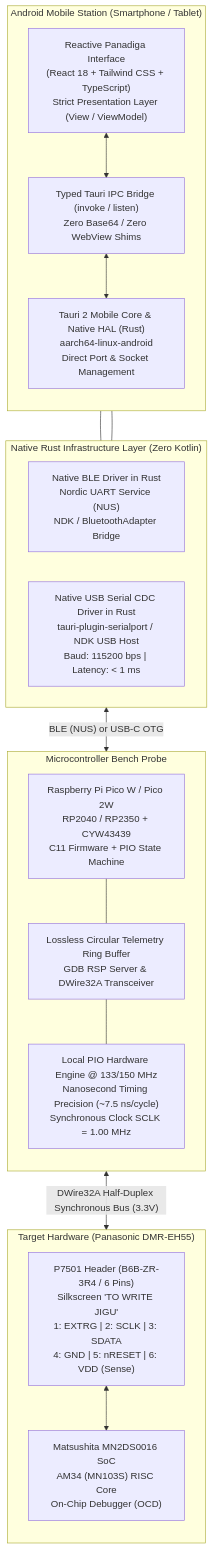
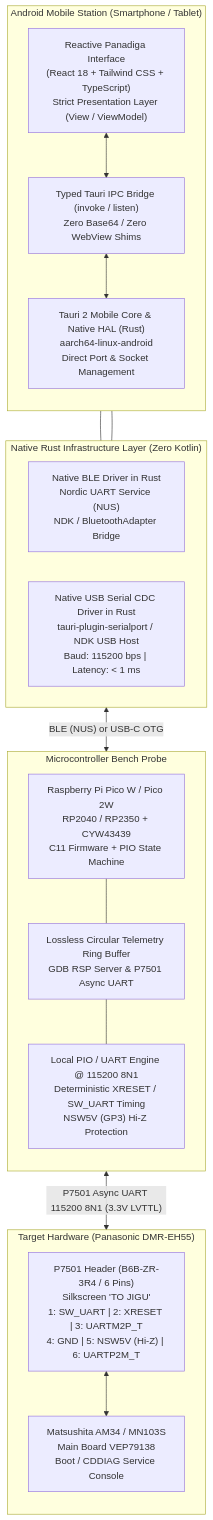
One commit to danielchrono/Panadiga changed the first of 2 diagrams in docs/en-US/ANDROID_APK_AND_BLUETOOTH_ARCHITECTURE.md. Above: the diagram before and after it, drawn with Mermaid. The commit also changed other lines of this file and 775 other files, not shown here.

````diff
--- a/docs/en-US/ANDROID_APK_AND_BLUETOOTH_ARCHITECTURE.md
+++ b/docs/en-US/ANDROID_APK_AND_BLUETOOTH_ARCHITECTURE.md
@@ -15,38 +15,38 @@
 ```mermaid
 flowchart TD
     subgraph Mobile["Android Mobile Station (Smartphone / Tablet)"]
         direction TB
         UI["Reactive Panadiga Interface<br/>(React 18 + Tailwind CSS + TypeScript)<br/>Strict Presentation Layer (View / ViewModel)"]
         IPC["Typed Tauri IPC Bridge (invoke / listen)<br/>Zero Base64 / Zero WebView Shims"]
         TAURI_RUST["Tauri 2 Mobile Core & Native HAL (Rust)<br/>aarch64-linux-android<br/>Direct Port & Socket Management"]
         UI <--> IPC
         IPC <--> TAURI_RUST
     end
 
     subgraph NativeHAL["Native Rust Infrastructure Layer (Zero Kotlin)"]
         direction LR
         BLE_CORE["Native BLE Driver in Rust<br/>Nordic UART Service (NUS)<br/>NDK / BluetoothAdapter Bridge"]
         USB_CORE["Native USB Serial CDC Driver in Rust<br/>tauri-plugin-serialport / NDK USB Host<br/>Baud: 115200 bps | Latency: < 1 ms"]
         TAURI_RUST --- BLE_CORE
         TAURI_RUST --- USB_CORE
     end
 
     subgraph Probe["Microcontroller Bench Probe"]
         direction TB
         PICO["Raspberry Pi Pico W / Pico 2W<br/>RP2040 / RP2350 + CYW43439<br/>C11 Firmware + PIO State Machine"]
-        BUFFER["Lossless Circular Telemetry Ring Buffer<br/>GDB RSP Server & DWire32A Transceiver"]
-        PIO_ENG["Local PIO Hardware Engine @ 133/150 MHz<br/>Nanosecond Timing Precision (~7.5 ns/cycle)<br/>Synchronous Clock SCLK = 1.00 MHz"]
+        BUFFER["Lossless Circular Telemetry Ring Buffer<br/>GDB RSP Server & P7501 Async UART"]
+        PIO_ENG["Local PIO / UART Engine @ 115200 8N1<br/>Deterministic XRESET / SW_UART Timing<br/>NSW5V (GP3) Hi-Z Protection"]
         PICO --- BUFFER
         BUFFER --- PIO_ENG
     end
 
     subgraph Target["Target Hardware (Panasonic DMR-EH55)"]
         direction TB
-        P7501["P7501 Header (B6B-ZR-3R4 / 6 Pins)<br/>Silkscreen 'TO WRITE JIGU'<br/>1: EXTRG | 2: SCLK | 3: SDATA<br/>4: GND | 5: nRESET | 6: VDD (Sense)"]
-        MN2DS["Matsushita MN2DS0016 SoC<br/>AM34 (MN103S) RISC Core<br/>On-Chip Debugger (OCD)"]
-        P7501 <--> MN2DS
+        P7501["P7501 Header (B6B-ZR-3R4 / 6 Pins)<br/>Silkscreen 'TO JIGU'<br/>1: SW_UART | 2: XRESET | 3: UARTM2P_T<br/>4: GND | 5: NSW5V (Hi-Z) | 6: UARTP2M_T"]
+        AM34["Matsushita AM34 / MN103S<br/>Main Board VEP79138<br/>Boot / CDDIAG Service Console"]
+        P7501 <--> AM34
     end
 
     NativeHAL <-->|"BLE (NUS) or USB-C OTG"| Probe
-    Probe <-->|"DWire32A Half-Duplex Synchronous Bus (3.3V)"| Target
+    Probe <-->|"P7501 Async UART 115200 8N1 (3.3V LVTTL)"| Target
 ```
````
